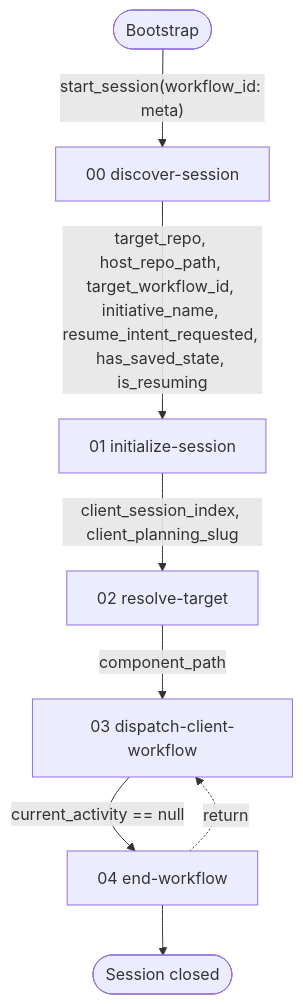
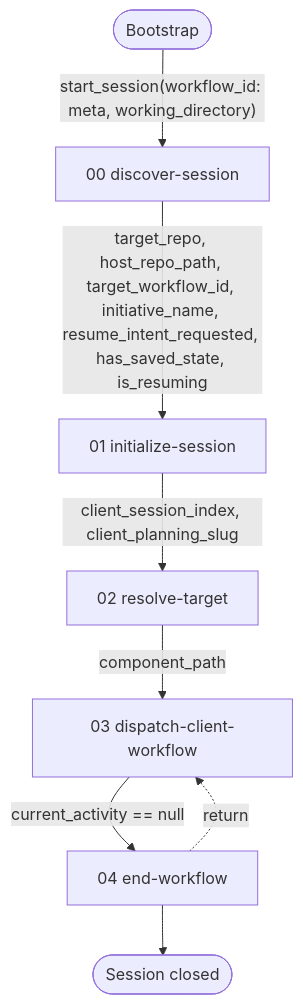
One commit to m2ux/workflow-server changed the diagram in corpus/meta/README.md. Above: the diagram before and after it, drawn with Mermaid. The commit also changed other lines of this file and 5 other files, not shown here.

````diff
--- a/corpus/meta/README.md
+++ b/corpus/meta/README.md
@@ -37,10 +37,10 @@
 ```mermaid
 graph TD
-    startNode(["Bootstrap"]) -->|"start_session(workflow_id: meta)"| DS["00 discover-session"]
+    startNode(["Bootstrap"]) -->|"start_session(workflow_id: meta, working_directory)"| DS["00 discover-session"]
     DS -->|"target_repo, host_repo_path, target_workflow_id, initiative_name, resume_intent_requested, has_saved_state, is_resuming"| INI["01 initialize-session"]
     INI -->|"client_session_index, client_planning_slug"| RT["02 resolve-target"]
     RT -->|"component_path"| DSP["03 dispatch-client-workflow"]
     DSP -->|"current_activity == null"| END["04 end-workflow"]
     END -.->|"return"| DSP
     END --> doneNode(["Session closed"])
 ```
````
